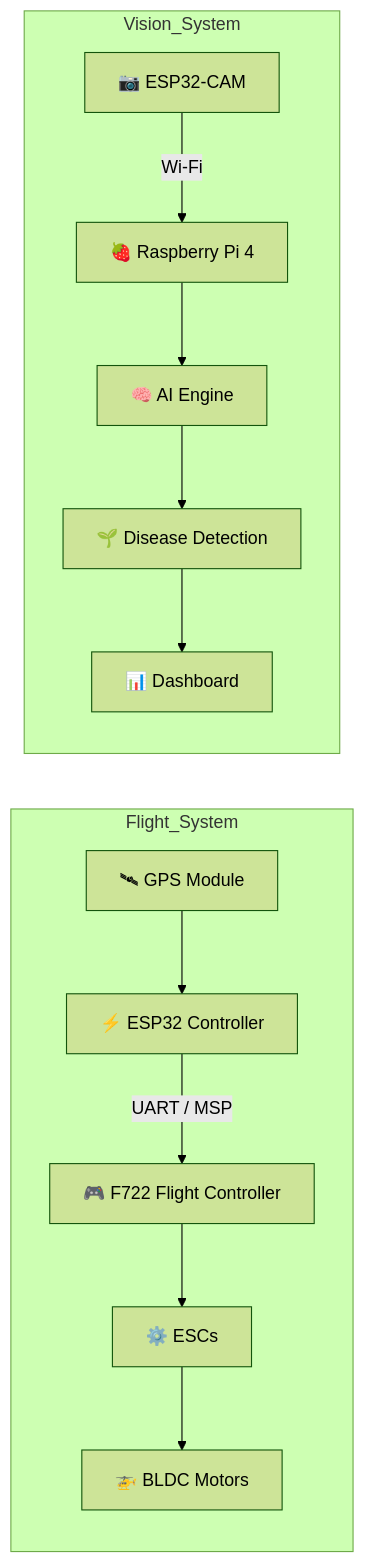
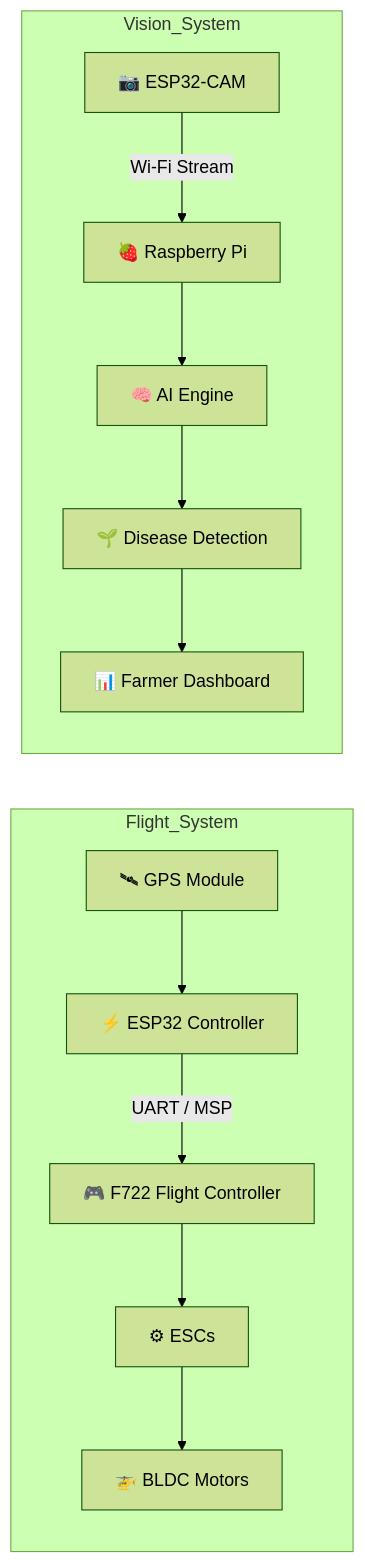
The diagram in README.md (aarushpandit01/Agrosense-Drone), drawn with Mermaid (forest theme) before and after one commit. The commit also changed other lines of this file, not shown here.

````diff
--- a/README.md
+++ b/README.md
@@ -48,29 +48,29 @@
 ```mermaid
 flowchart LR
 
 subgraph Flight_System
 GPS[🛰 GPS Module]
 ESP32[⚡ ESP32 Controller]
 F722[🎮 F722 Flight Controller]
-ESC[⚙️ ESCs]
-MOTORS[🚁 BLDC Motors]
+ESC[⚙ ESCs]
+MOTOR[🚁 BLDC Motors]
 
 GPS --> ESP32
 ESP32 -->|UART / MSP| F722
 F722 --> ESC
-ESC --> MOTORS
+ESC --> MOTOR
 end
 
 subgraph Vision_System
 CAM[📷 ESP32-CAM]
-PI[🍓 Raspberry Pi 4]
+PI[🍓 Raspberry Pi]
 AI[🧠 AI Engine]
 DISEASE[🌱 Disease Detection]
-DASH[📊 Dashboard]
+DASH[📊 Farmer Dashboard]
 
-CAM -->|Wi-Fi| PI
+CAM -->|Wi-Fi Stream| PI
 PI --> AI
 AI --> DISEASE
 DISEASE --> DASH
 end
 ```
````
